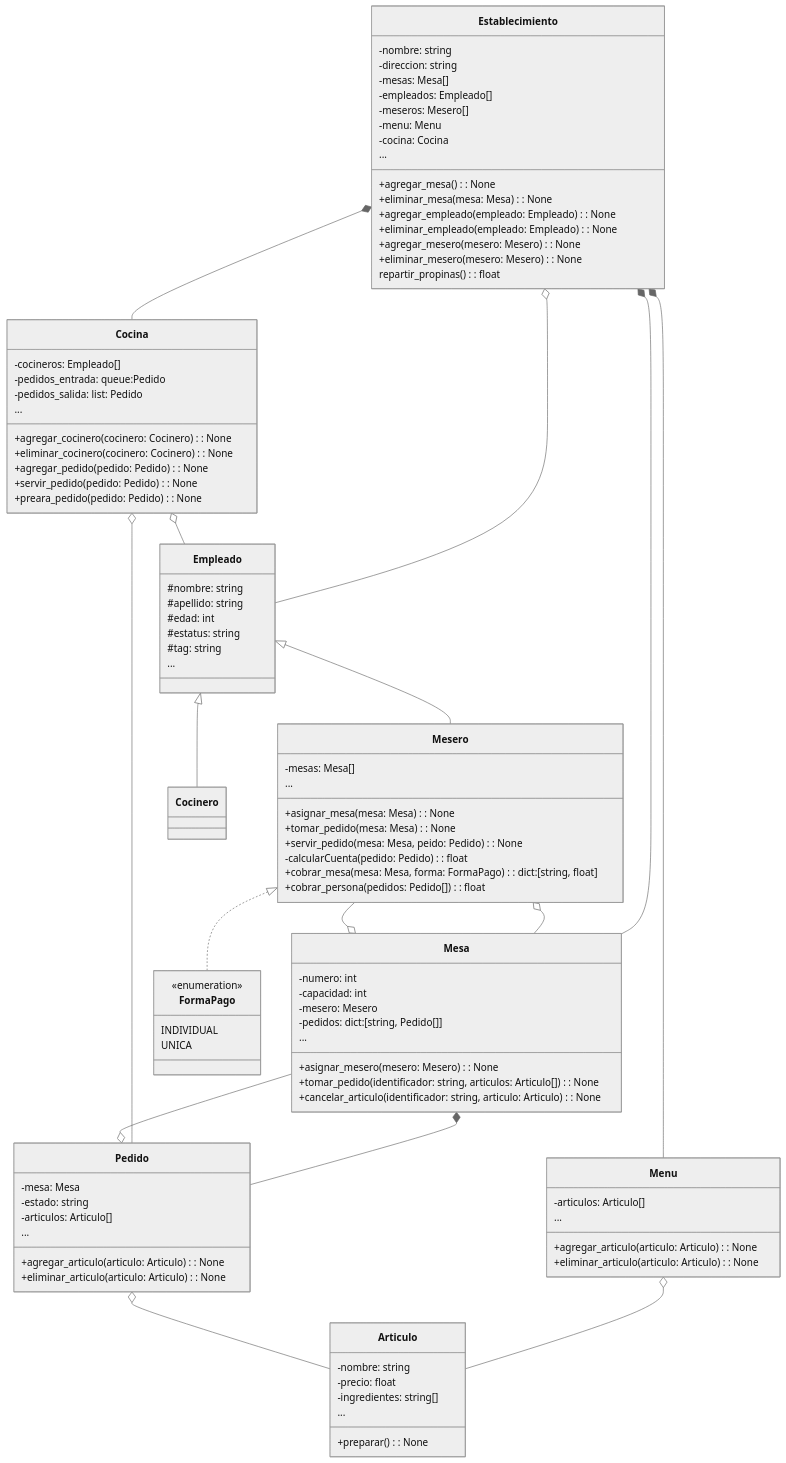
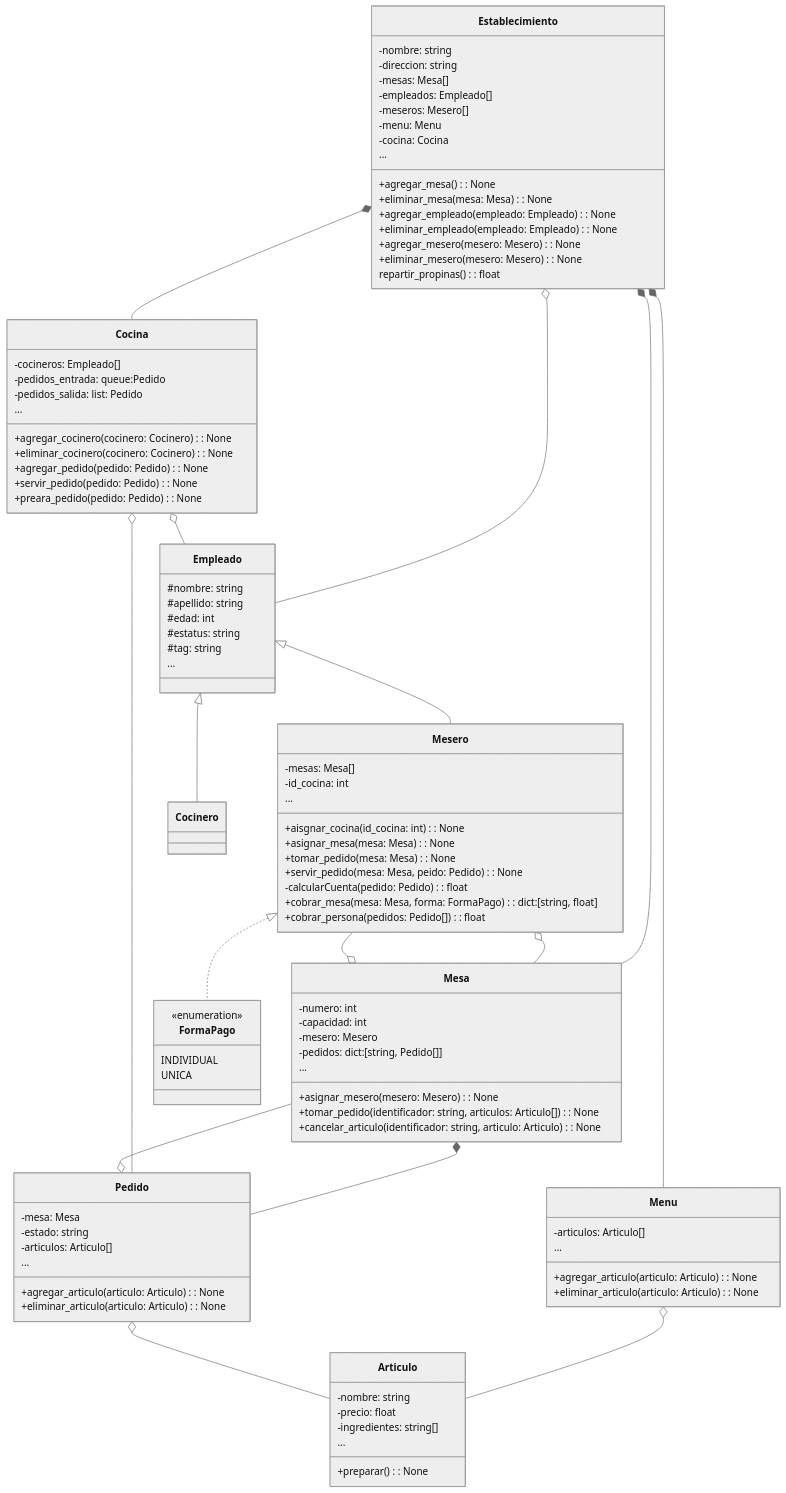
The diagram in UML.md (joseAcevesG/SOFT_RESTAURANT), drawn with Mermaid (neutral theme) before and after one commit.

```diff
--- a/UML.md
+++ b/UML.md
@@ -81,6 +81,8 @@
 
     class Mesero{
         -mesas: Mesa[]
+        -id_cocina: int
+        +aisgnar_cocina(id_cocina: int): None
         +asignar_mesa(mesa: Mesa): None
         +tomar_pedido(mesa: Mesa): None
         +servir_pedido(mesa: Mesa, peido: Pedido): None
```
